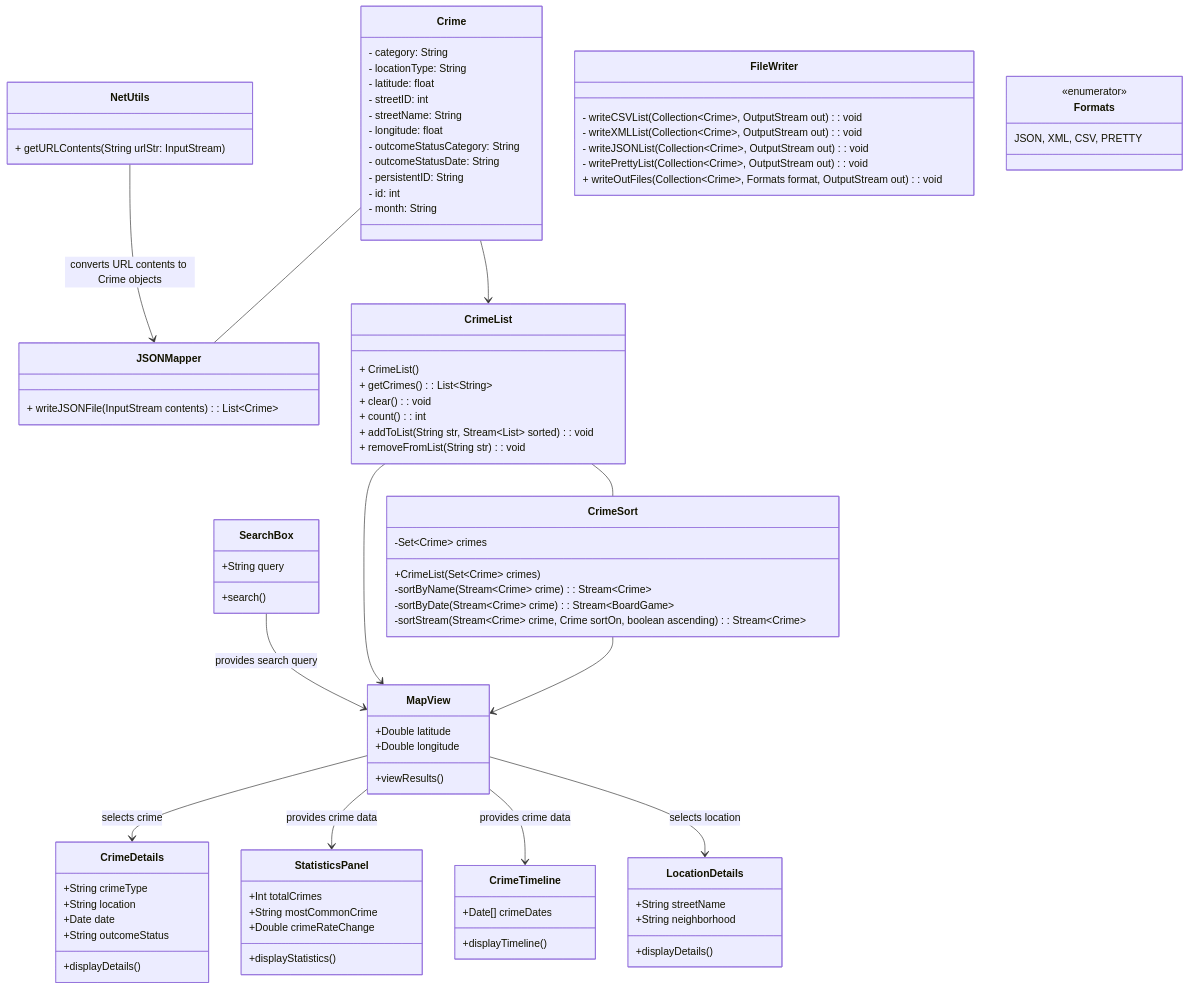
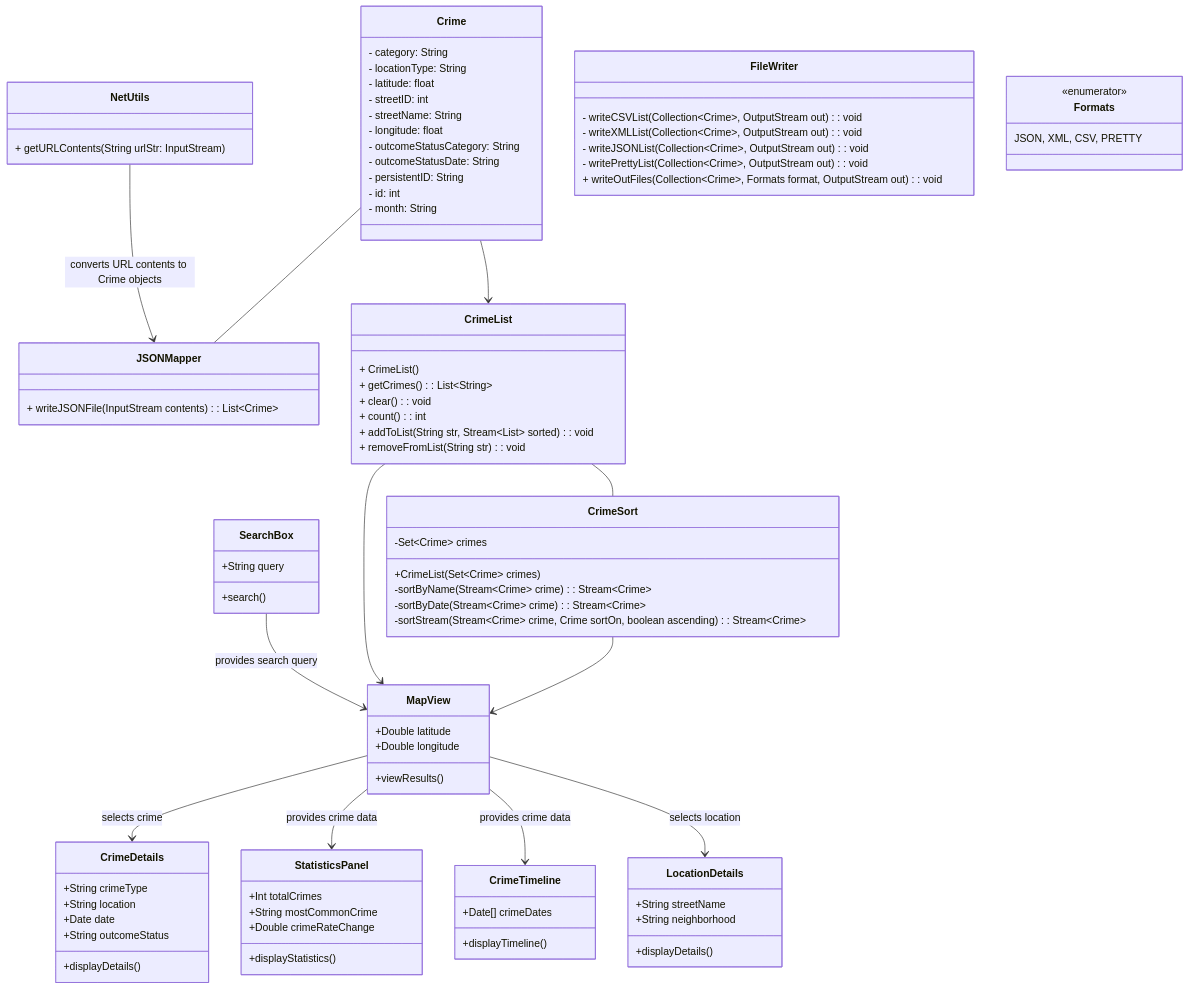
The diagram in DesignDocuments/README.md (wbeeker/UK-Crime-Data), drawn with Mermaid before and after one commit. The commit also changed 2 other files, not shown here.

Commit message:
updating Crime and adding CrimeManager

```diff
--- a/DesignDocuments/README.md
+++ b/DesignDocuments/README.md
@@ -101,7 +101,7 @@
         -Set~Crime~ crimes
         +CrimeList(Set~Crime~ crimes)
         -sortByName(Stream~Crime~ crime) : Stream~Crime~
-        -sortByDate(Stream~Crime~ crime) : Stream~BoardGame~
+        -sortByDate(Stream~Crime~ crime) : Stream~Crime~
         -sortStream(Stream~Crime~ crime, Crime sortOn, boolean ascending) : Stream~Crime~
     }
     SearchBox --> MapView : provides search query
```
